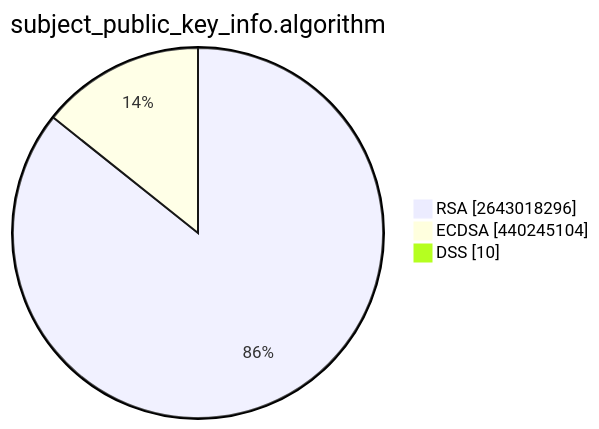
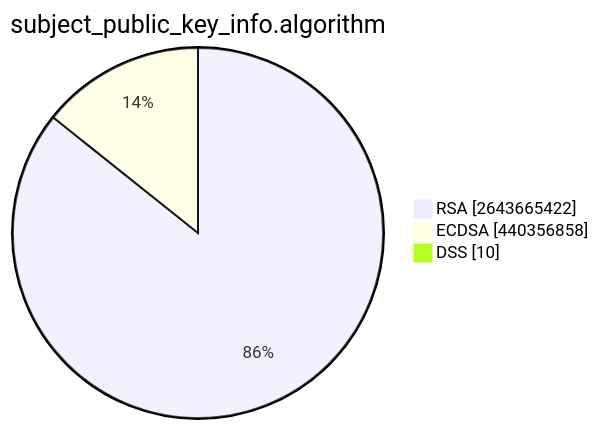
Before and after one commit to christiankrug/ctmonitor_visualization: the second of 15 diagrams in TOTAL/README.md, drawn with Mermaid. The commit also changed other lines of this file, not shown here.

````diff
--- a/TOTAL/README.md
+++ b/TOTAL/README.md
@@ -6,7 +6,7 @@
 ```mermaid
 pie showData
 title subject_public_key_info.algorithm
-"RSA" :2643018296
-"ECDSA" :440245104
+"RSA" :2643665422
+"ECDSA" :440356858
 "DSS" :10
 ```
````
